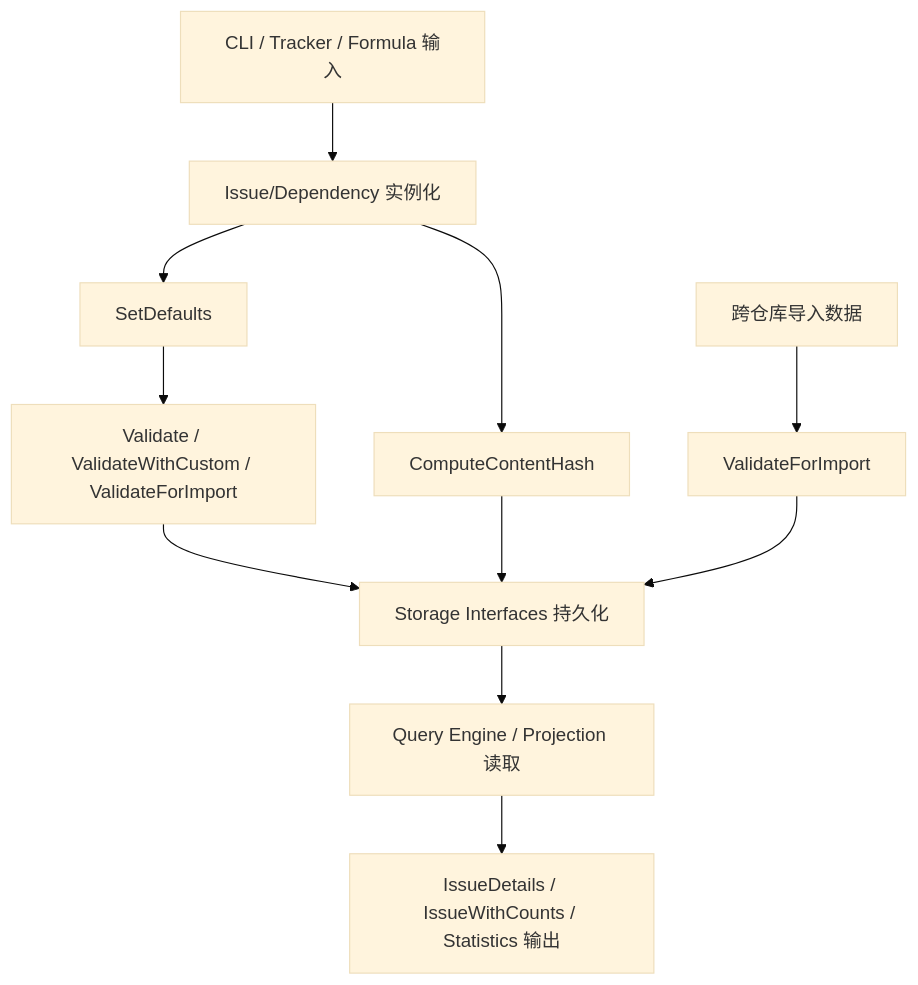
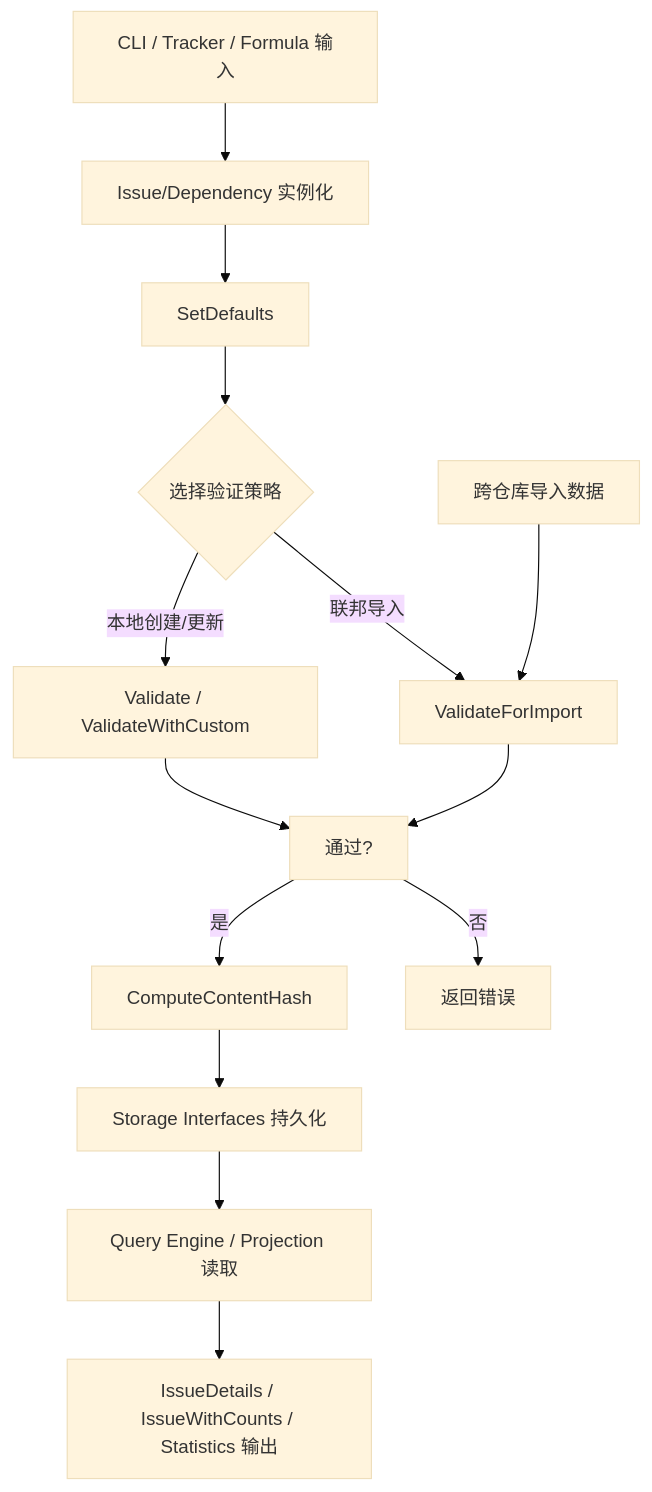
Before and after one commit to nerdneilsfield/code-wiki-pages: the diagram in public/beads-docs/issue_domain_model.md, drawn with Mermaid (base theme). The commit also changed other lines of this file and 404 other files, not shown here.

````diff
--- a/public/beads-docs/issue_domain_model.md
+++ b/public/beads-docs/issue_domain_model.md
@@ -37,13 +49,16 @@
 ```mermaid
 flowchart TD
     A[CLI / Tracker / Formula 输入] --> B[Issue/Dependency 实例化]
     B --> C[SetDefaults]
-    C --> D[Validate / ValidateWithCustom / ValidateForImport]
-    D --> E[Storage Interfaces 持久化]
-    E --> F[Query Engine / Projection 读取]
-    F --> G[IssueDetails / IssueWithCounts / Statistics 输出]
-    B --> H[ComputeContentHash]
-    H --> E
-    I[跨仓库导入数据] --> J[ValidateForImport]
-    J --> E
+    C --> D{选择验证策略}
+    D -->|本地创建/更新| E[Validate / ValidateWithCustom]
+    D -->|联邦导入| F[ValidateForImport]
+    E --> G[通过?]
+    F --> G
+    G -->|是| H[ComputeContentHash]
+    G -->|否| I[返回错误]
+    H --> J[Storage Interfaces 持久化]
+    J --> K[Query Engine / Projection 读取]
+    K --> L[IssueDetails / IssueWithCounts / Statistics 输出]
+    M[跨仓库导入数据] --> F
 ```
````
